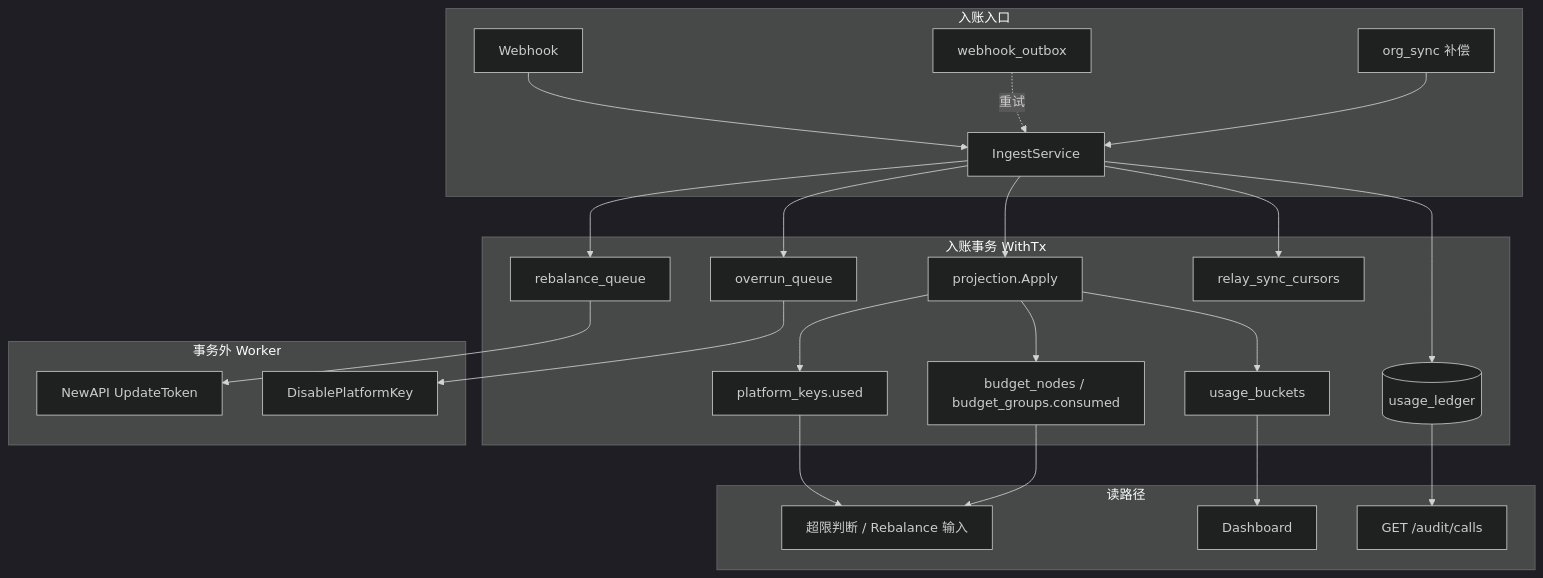
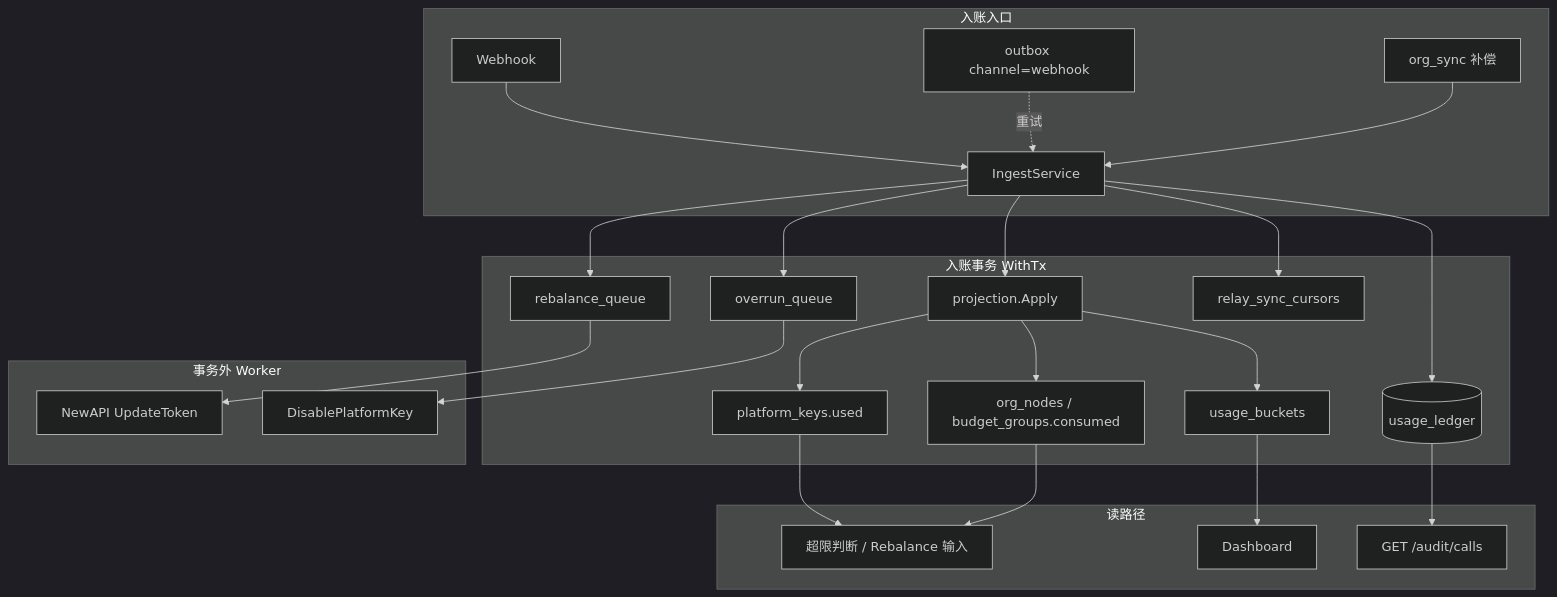
One commit to quyip8818/mytokenjoy changed the diagram in docs/Backend-消耗数据SSOT对齐方案.md. Above: the diagram before and after it, drawn with Mermaid (dark theme). The commit also changed other lines of this file and 132 other files, not shown here.

````diff
--- a/docs/Backend-消耗数据SSOT对齐方案.md
+++ b/docs/Backend-消耗数据SSOT对齐方案.md
@@ -90,31 +90,31 @@
 ```mermaid
 flowchart TB
   subgraph ingress [入账入口]
     WH[Webhook] --> ING[IngestService]
-    WO[webhook_outbox] -.->|重试| ING
+    WO["outbox channel=webhook"] -.->|重试| ING
     SYNC[org_sync 补偿] --> ING
   end
 
   subgraph write [入账事务 WithTx]
     ING --> L[(usage_ledger)]
     ING --> P[projection.Apply]
     P --> USED[platform_keys.used]
-    P --> CONS[budget_nodes / budget_groups.consumed]
+    P --> CONS[org_nodes / budget_groups.consumed]
     P --> UB[usage_buckets]
     ING --> REB[rebalance_queue]
     ING --> OVR[overrun_queue]
     ING --> CUR[relay_sync_cursors]
   end
 
   subgraph async [事务外 Worker]
     REB --> NA[NewAPI UpdateToken]
     OVR --> DIS[DisablePlatformKey]
   end
 
   subgraph read [读路径]
     USED --> CTRL[超限判断 / Rebalance 输入]
     CONS --> CTRL
     UB --> DASH[Dashboard]
     L --> AUD["GET /audit/calls"]
   end
 ```
````
